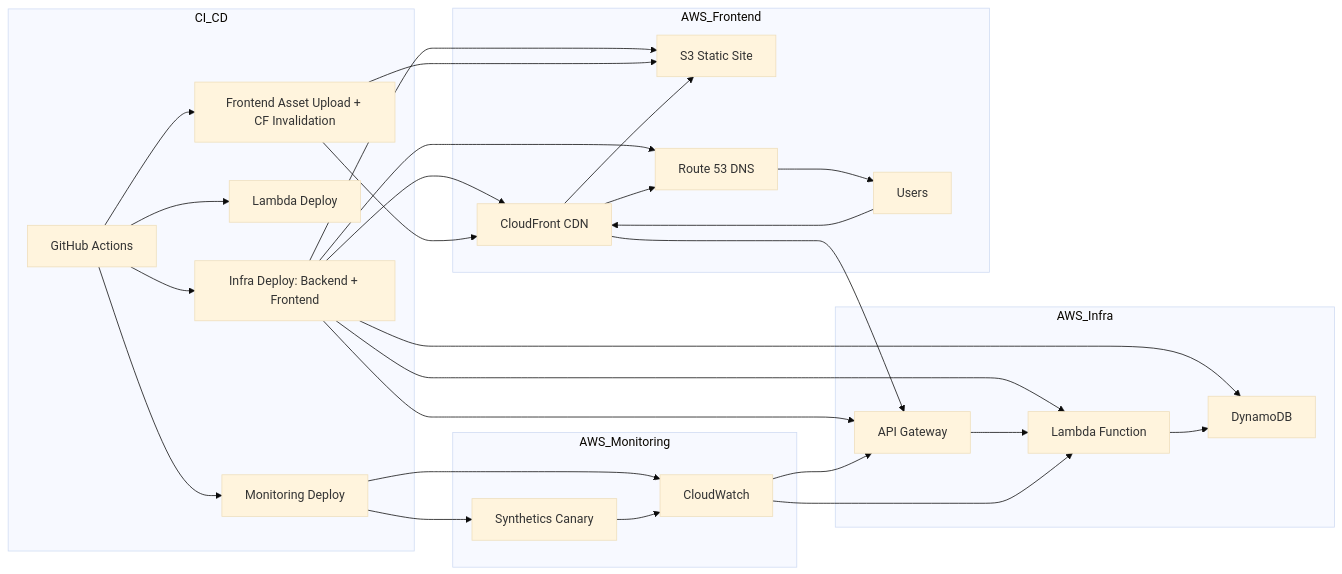
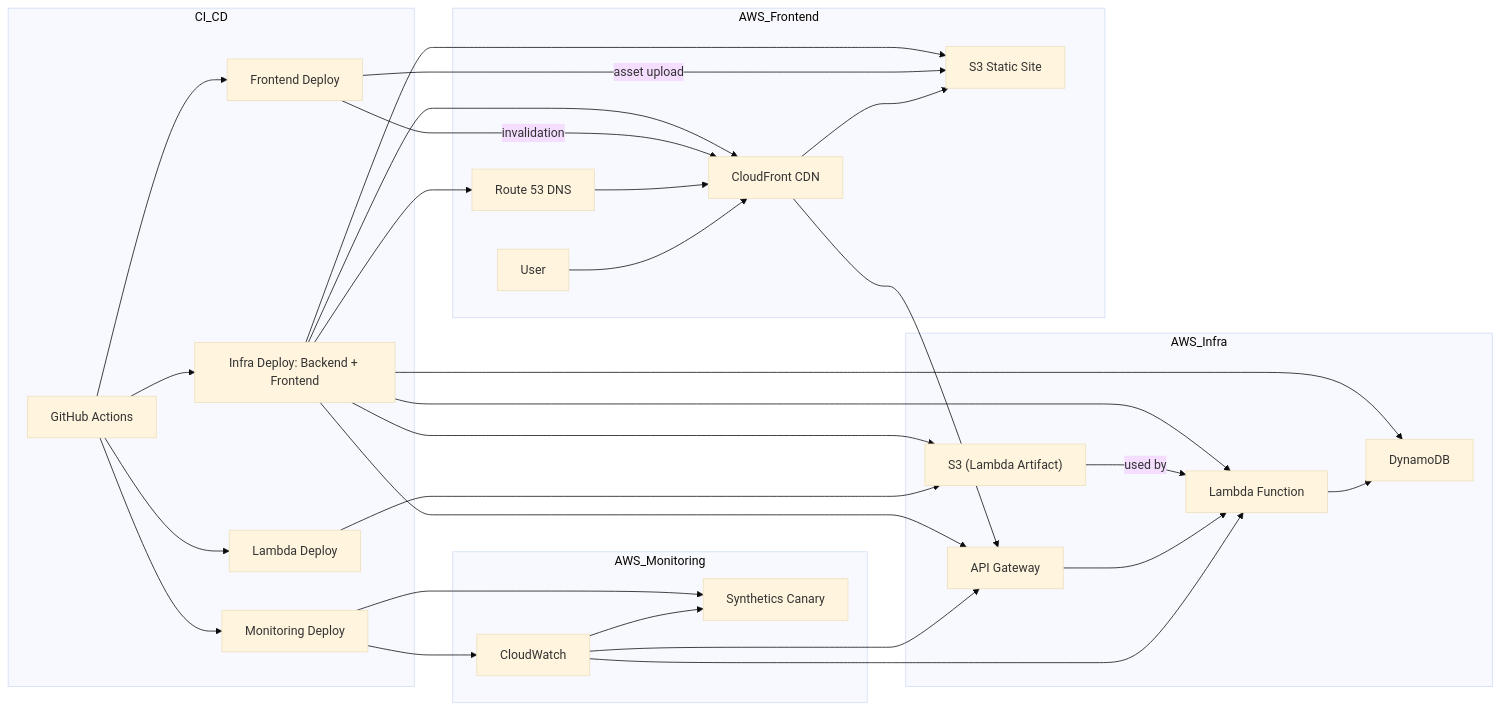
The sixth of 6 diagrams in README.md (hybridmulticloud/overview), drawn with Mermaid (base theme) before and after one commit. The commit also changed other lines of this file, not shown here.

````diff
--- a/README.md
+++ b/README.md
@@ -186,40 +196,42 @@
 ```mermaid
 flowchart LR
   GH[GitHub Actions]
 
   subgraph CI_CD
     GH --> TF["Infra Deploy: Backend + Frontend"]
     GH --> LD["Lambda Deploy"]
-    GH --> FD["Frontend Asset Upload + CF Invalidation"]
+    GH --> FD["Frontend Deploy"]
     GH --> MD["Monitoring Deploy"]
   end
 
   subgraph AWS_Infra
     TF --> APIGW["API Gateway"]
     TF --> Lambda["Lambda Function"]
     TF --> DynamoDB["DynamoDB"]
+    TF --> ArtifactS3["S3 (Lambda Artifact)"]
+    LD --> ArtifactS3
+    ArtifactS3 -- used by --> Lambda
     APIGW --> Lambda
     Lambda --> DynamoDB
   end
 
   subgraph AWS_Frontend
     TF --> S3["S3 Static Site"]
     TF --> CF["CloudFront CDN"]
     TF --> Route53["Route 53 DNS"]
-    FD --> S3
-    FD --> CF
+    FD -- asset upload --> S3
+    FD -- invalidation --> CF
     CF --> S3
     CF --> APIGW
-    CF --> Route53
-    Route53 --> User["Users"]
+    Route53 --> CF
     User --> CF
   end
 
   subgraph AWS_Monitoring
     MD --> Canary["Synthetics Canary"]
     MD --> CW["CloudWatch"]
-    Canary --> CW
-    CW --> APIGW
-    CW --> Lambda
+    CW --> Canary
+    CW --> Lambda 
+    CW --> APIGW 
   end
 ```
````
